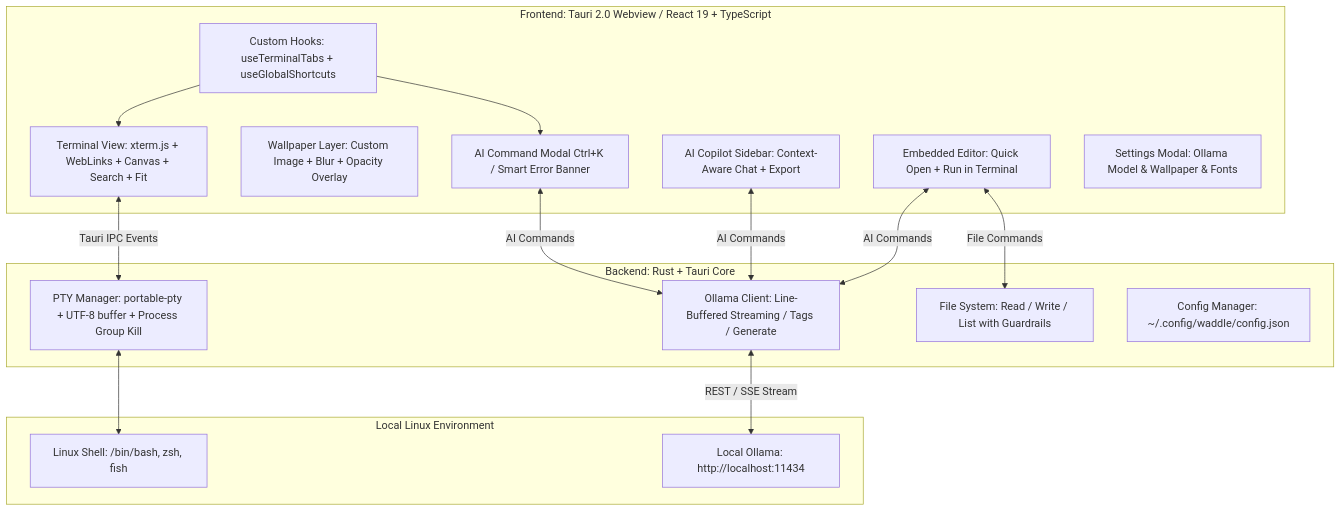
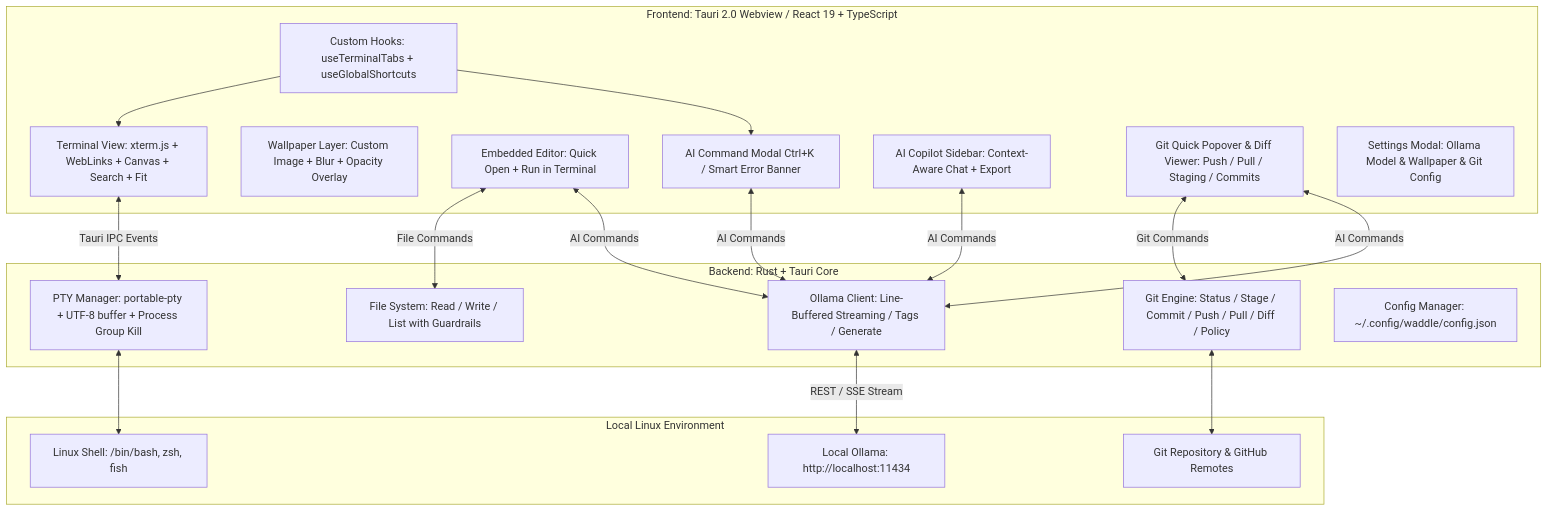
The diagram in README.md (wammed/Waddle), drawn with Mermaid before and after one commit. The commit also changed other lines of this file and 2 other files, not shown here.

Commit message:
feat: add Git integration with local AI commit generation, diff viewer, and GitHub-only security policy

````diff
--- a/README.md
+++ b/README.md
@@ -186,32 +199,37 @@
 ```mermaid
 graph TD
     subgraph UI_Layer ["Frontend: Tauri 2.0 Webview / React 19 + TypeScript"]
         TermView["Terminal View: xterm.js + WebLinks + Canvas + Search + Fit"]
         WallLayer["Wallpaper Layer: Custom Image + Blur + Opacity Overlay"]
         Editor["Embedded Editor: Quick Open + Run in Terminal"]
         AIOverlay["AI Command Modal Ctrl+K / Smart Error Banner"]
         Copilot["AI Copilot Sidebar: Context-Aware Chat + Export"]
-        Settings["Settings Modal: Ollama Model & Wallpaper & Fonts"]
+        GitUI["Git Quick Popover & Diff Viewer: Push / Pull / Staging / Commits"]
+        Settings["Settings Modal: Ollama Model & Wallpaper & Git Config"]
         Hooks["Custom Hooks: useTerminalTabs + useGlobalShortcuts"]
     end
 
     subgraph Rust_Backend ["Backend: Rust + Tauri Core"]
         PtyMgr["PTY Manager: portable-pty + UTF-8 buffer + Process Group Kill"]
+        GitCore["Git Engine: Status / Stage / Commit / Push / Pull / Diff / Policy"]
         AiCore["Ollama Client: Line-Buffered Streaming / Tags / Generate"]
         FileIO["File System: Read / Write / List with Guardrails"]
         ConfigMgr["Config Manager: ~/.config/waddle/config.json"]
     end
 
     subgraph System_Layer ["Local Linux Environment"]
         Shell["Linux Shell: /bin/bash, zsh, fish"]
+        GitRepo["Git Repository & GitHub Remotes"]
         Ollama["Local Ollama: http://localhost:11434"]
     end
 
     TermView <-->|Tauri IPC Events| PtyMgr
     PtyMgr <--> Shell
+    GitUI <-->|Git Commands| GitCore
+    GitCore <--> GitRepo
     Editor <-->|File Commands| FileIO
-    AIOverlay & Copilot & Editor <-->|AI Commands| AiCore
+    AIOverlay & Copilot & Editor & GitUI <-->|AI Commands| AiCore
     AiCore <-->|REST / SSE Stream| Ollama
     Hooks --> TermView
     Hooks --> AIOverlay
 ```
````
